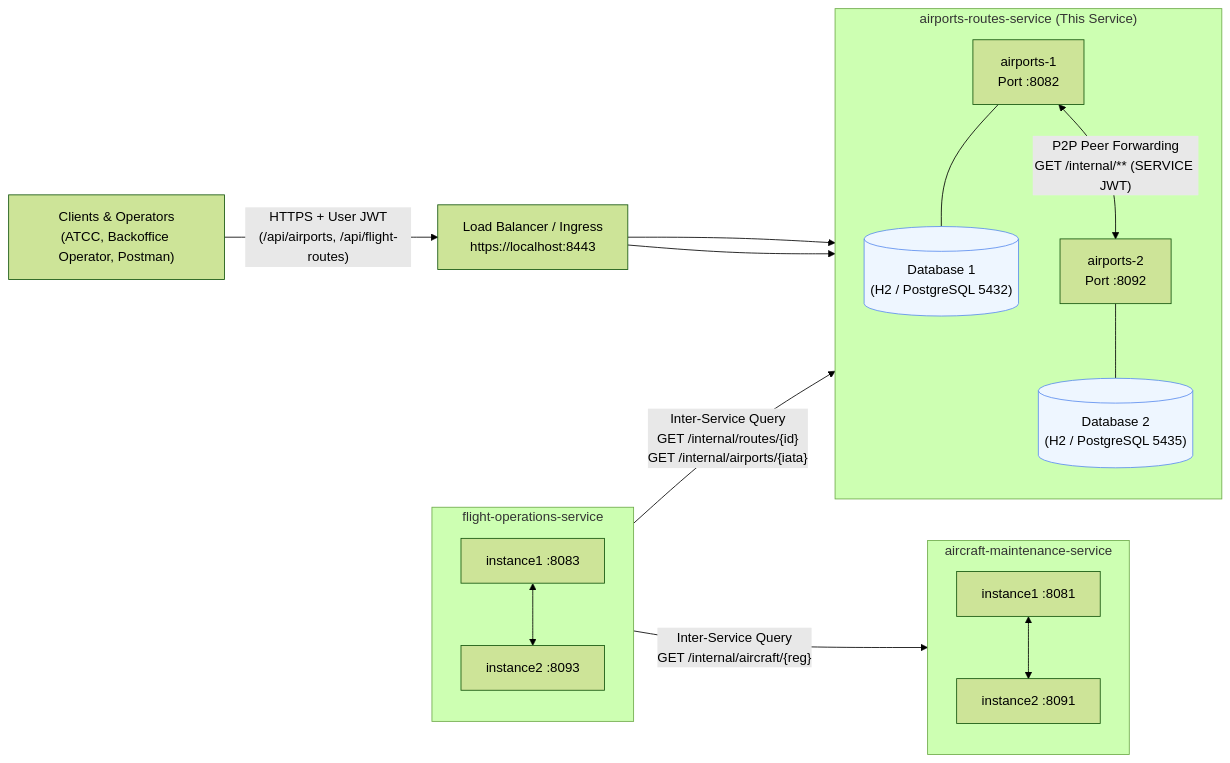
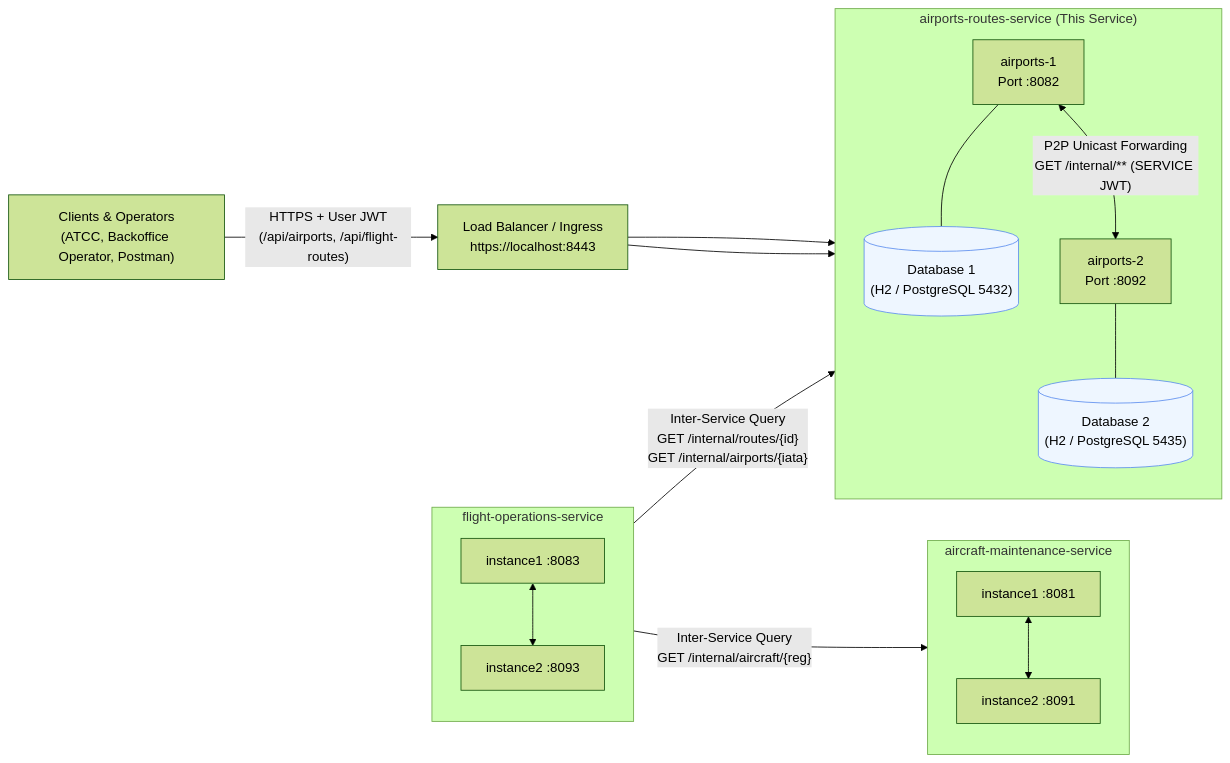
Before and after one commit to ImJay1527/airports-routes-service: the first of 5 diagrams in docs/architecture.md, drawn with Mermaid (forest theme). The commit also changed other lines of this file and 7 other files, not shown here.

Commit message:
feat: implement unicast peer forwarding with loop prevention, tracing, and C4+1 architecture documentation

````diff
--- a/docs/architecture.md
+++ b/docs/architecture.md
@@ -13,41 +66,41 @@
 ```mermaid
 %% C4 Level 2 Container Diagram
 flowchart LR
     client["Clients & Operators<br/>(ATCC, Backoffice Operator, Postman)"]
     lb["Load Balancer / Ingress<br/>https://localhost:8443"]
 
     subgraph AR["airports-routes-service (This Service)"]
         direction TB
         ar1["airports-1<br/>Port :8082"]
         ar2["airports-2<br/>Port :8092"]
         db1[("Database 1<br/>(H2 / PostgreSQL 5432)")]
         db2[("Database 2<br/>(H2 / PostgreSQL 5435)")]
         ar1 --- db1
         ar2 --- db2
-        ar1 <-->|"P2P Peer Forwarding<br/>GET /internal/** (SERVICE JWT)"| ar2
+        ar1 <-->|"P2P Unicast Forwarding<br/>GET /internal/** (SERVICE JWT)"| ar2
     end
 
     subgraph FO["flight-operations-service"]
         direction TB
         fo1["instance1 :8083"]
         fo2["instance2 :8093"]
         fo1 <--> fo2
     end
 
     subgraph AM["aircraft-maintenance-service"]
         direction TB
         am1["instance1 :8081"]
         am2["instance2 :8091"]
         am1 <--> am2
     end
 
     client -->|"HTTPS + User JWT<br/>(/api/airports, /api/flight-routes)"| lb
     lb --> ar1
     lb --> ar2
 
     FO -->|"Inter-Service Query<br/>GET /internal/routes/{id}<br/>GET /internal/airports/{iata}"| AR
     FO -->|"Inter-Service Query<br/>GET /internal/aircraft/{reg}"| AM
 
     classDef db fill:#eef6ff,stroke:#5b8def
     class db1,db2 db
 ```
````
